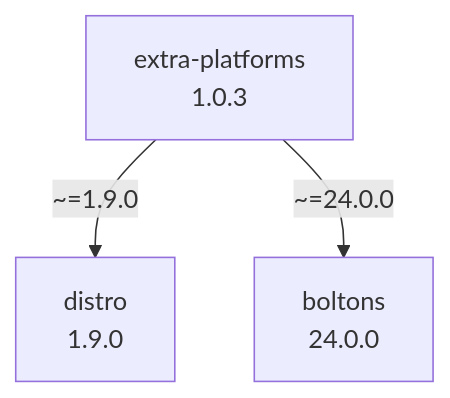
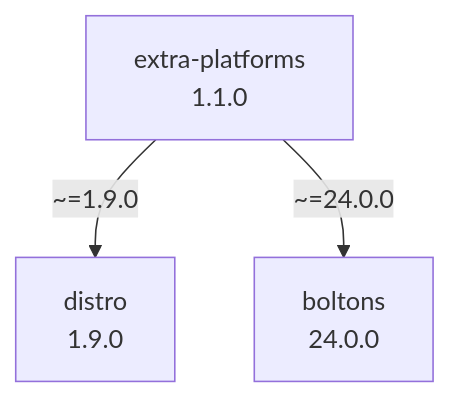
Before and after one commit to kdeldycke/extra-platforms: the diagram in docs/assets/dependencies.mmd, drawn with Mermaid.

Commit message:
[autofix] Regenerate dependency graph

```diff
--- a/docs/assets/dependencies.mmd
+++ b/docs/assets/dependencies.mmd
@@ -1,7 +1,7 @@
 flowchart TD
     classDef missing stroke-dasharray: 5
     boltons["boltons\n24.0.0"]
     distro["distro\n1.9.0"]
-    extra-platforms["extra-platforms\n1.0.3"]
+    extra-platforms["extra-platforms\n1.1.0"]
     extra-platforms -- "~=1.9.0" --> distro
     extra-platforms -- "~=24.0.0" --> boltons
```
